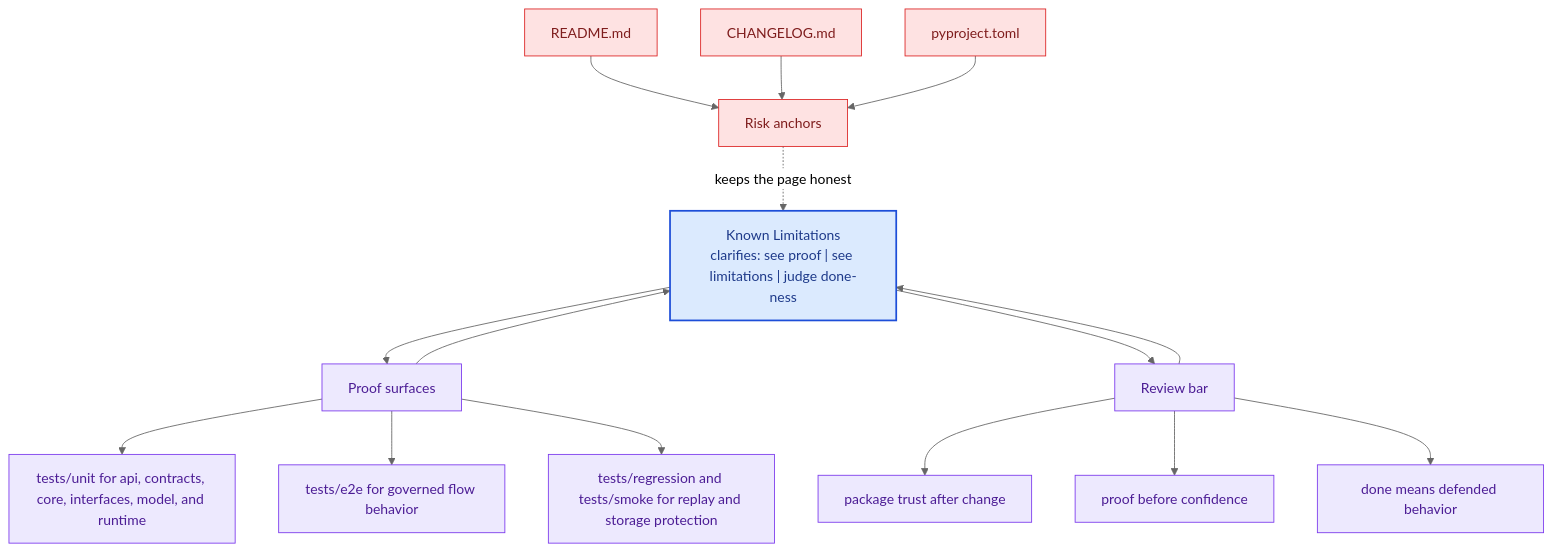
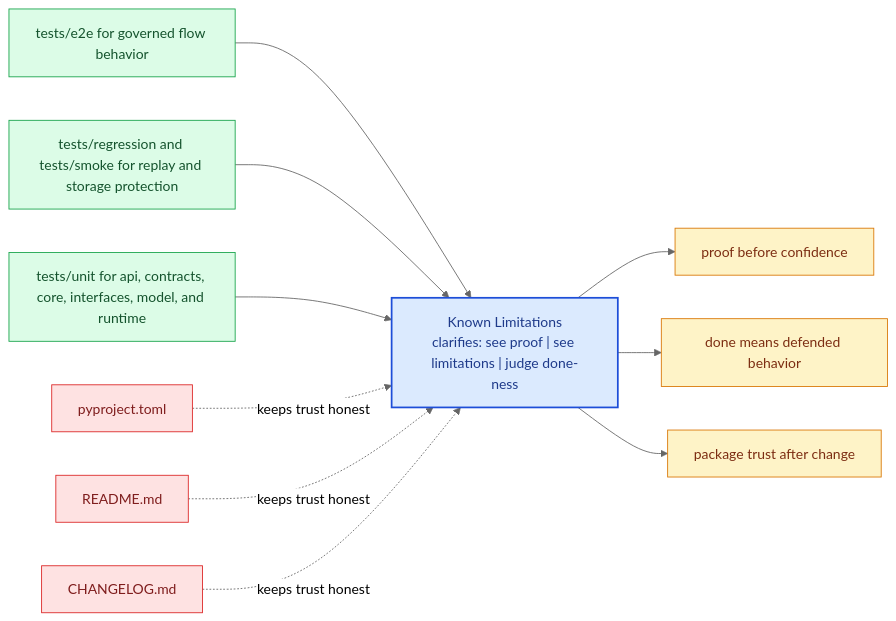
Before and after one commit to bijux/bijux-canon: the diagram in docs/bijux-canon-runtime/quality/known-limitations.md, drawn with Mermaid (neutral theme). The commit also changed other lines of this file and 281 other files, not shown here.

Commit message:
docs(diagrams): replace repeated mermaid scaffolds with page-specific summaries

````diff
--- a/docs/bijux-canon-runtime/quality/known-limitations.md
+++ b/docs/bijux-canon-runtime/quality/known-limitations.md
@@ -67,41 +22,31 @@
 ```mermaid
-flowchart TB
-    promise["Known Limitations<br/>clarifies: see proof | see limitations | judge done-ness"]
-    classDef promise fill:#dbeafe,stroke:#1d4ed8,color:#1e3a8a,stroke-width:2px;
-    classDef driver fill:#dcfce7,stroke:#16a34a,color:#14532d;
-    classDef constraint fill:#fee2e2,stroke:#dc2626,color:#7f1d1d;
-    classDef ground fill:#ede9fe,stroke:#7c3aed,color:#4c1d95;
-    focus1["Proof surfaces"]
-    focus1 --> promise
-    promise --> focus1
-    focus1_1["tests/unit for api, contracts, core, interfaces, model, and runtime"]
-    focus1 --> focus1_1
-    focus1_2["tests/e2e for governed flow behavior"]
-    focus1 --> focus1_2
-    focus1_3["tests/regression and tests/smoke for replay and storage protection"]
-    focus1 --> focus1_3
-    class focus1 ground;
-    class focus1_1,focus1_2,focus1_3 ground;
-    focus2["Risk anchors"]
-    focus2 -.keeps the page honest.-> promise
-    focus2_1["README.md"]
-    focus2_1 --> focus2
-    focus2_2["CHANGELOG.md"]
-    focus2_2 --> focus2
-    focus2_3["pyproject.toml"]
-    focus2_3 --> focus2
-    class focus2 constraint;
-    class focus2_1,focus2_2,focus2_3 constraint;
-    focus3["Review bar"]
-    focus3 --> promise
-    promise --> focus3
-    focus3_1["package trust after change"]
-    focus3 --> focus3_1
-    focus3_2["proof before confidence"]
-    focus3 --> focus3_2
-    focus3_3["done means defended behavior"]
-    focus3 --> focus3_3
-    class focus3 ground;
-    class focus3_1,focus3_2,focus3_3 ground;
-    class promise promise;
+flowchart LR
+    page["Known Limitations<br/>clarifies: see proof | see limitations | judge done-ness"]
+    classDef page fill:#dbeafe,stroke:#1d4ed8,color:#1e3a8a,stroke-width:2px;
+    classDef positive fill:#dcfce7,stroke:#16a34a,color:#14532d;
+    classDef caution fill:#fee2e2,stroke:#dc2626,color:#7f1d1d;
+    classDef anchor fill:#ede9fe,stroke:#7c3aed,color:#4c1d95;
+    classDef action fill:#fef3c7,stroke:#d97706,color:#7c2d12;
+    proof1["tests/e2e for governed flow behavior"]
+    proof1 --> page
+    proof2["tests/regression and tests/smoke for replay and storage protection"]
+    proof2 --> page
+    proof3["tests/unit for api, contracts, core, interfaces, model, and runtime"]
+    proof3 --> page
+    risk1["pyproject.toml"]
+    risk1 -.keeps trust honest.-> page
+    risk2["README.md"]
+    risk2 -.keeps trust honest.-> page
+    risk3["CHANGELOG.md"]
+    risk3 -.keeps trust honest.-> page
+    bar1["proof before confidence"]
+    page --> bar1
+    bar2["done means defended behavior"]
+    page --> bar2
+    bar3["package trust after change"]
+    page --> bar3
+    class page page;
+    class proof1,proof2,proof3 positive;
+    class risk1,risk2,risk3 caution;
+    class bar1,bar2,bar3 action;
 ```
````
